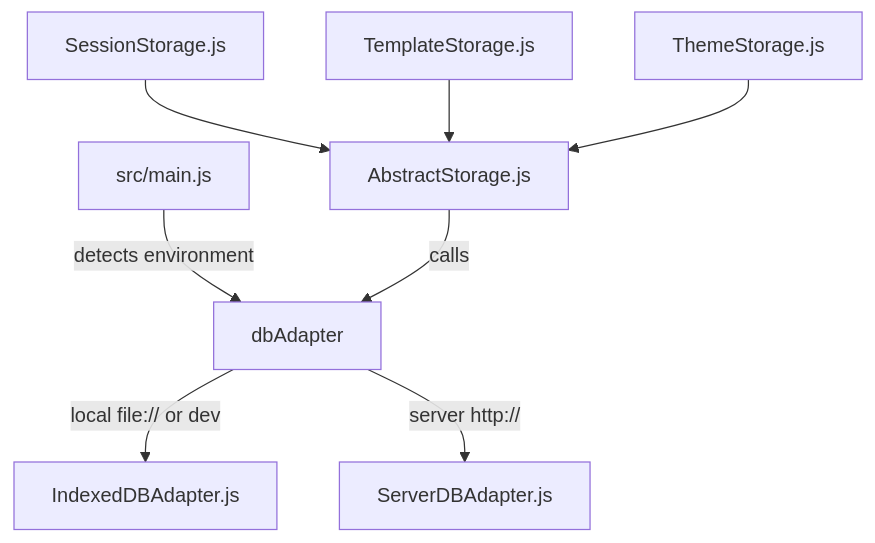
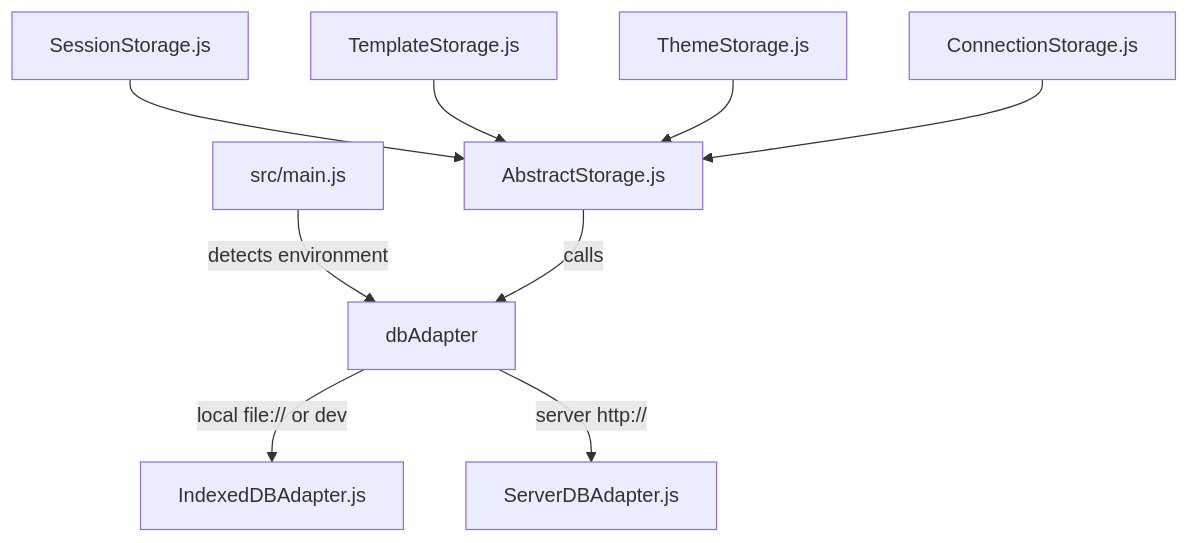
The diagram in docs/architecture.md (LordFoogThe4rd/miyapad), drawn with Mermaid before and after one commit. The commit also changed other lines of this file and 7 other files, not shown here.

````diff
--- a/docs/architecture.md
+++ b/docs/architecture.md
@@ -7,10 +7,11 @@
 ```mermaid
 graph TD
     App[src/main.js] -->|detects environment| DBAdapter[dbAdapter]
     DBAdapter -->|local file:// or dev| IndexedDBAdapter[IndexedDBAdapter.js]
     DBAdapter -->|server http://| ServerDBAdapter[ServerDBAdapter.js]
     SessionStorage[SessionStorage.js] --> AbstractStorage[AbstractStorage.js]
     TemplateStorage[TemplateStorage.js] --> AbstractStorage
     ThemeStorage[ThemeStorage.js] --> AbstractStorage
+    ConnectionStorage[ConnectionStorage.js] --> AbstractStorage
     AbstractStorage -->|calls| DBAdapter
 ```
````
